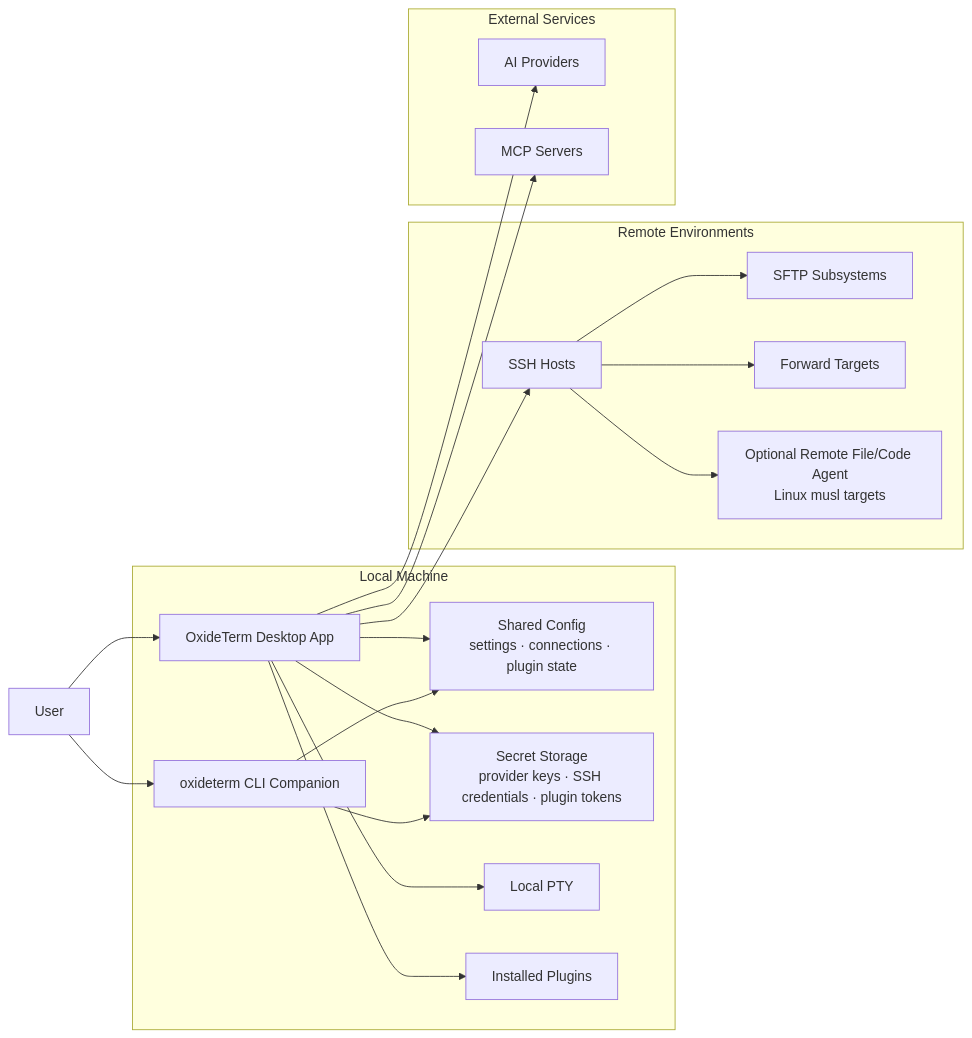
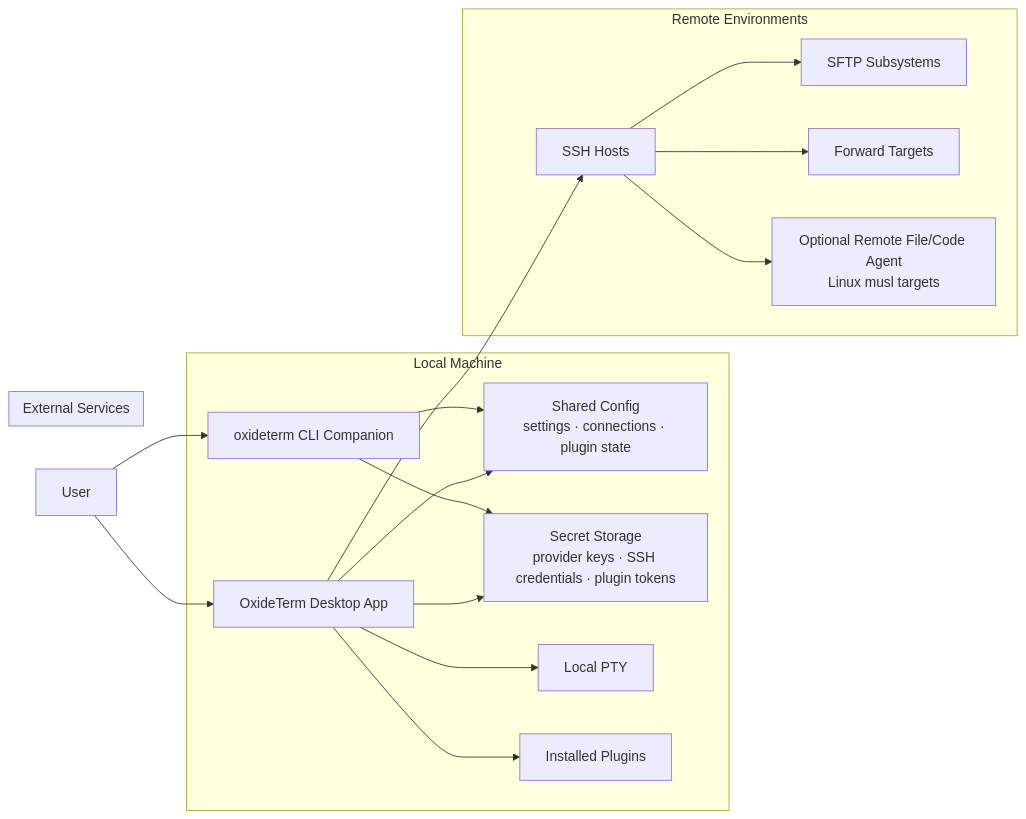
One commit to imeilige/oxideterm changed the second of 12 diagrams in docs/user-guide/en/architecture.md. Above: the diagram before and after it, drawn with Mermaid. The commit also changed other lines of this file and 339 other files, not shown here.

````diff
--- a/docs/user-guide/en/architecture.md
+++ b/docs/user-guide/en/architecture.md
@@ -155,39 +149,35 @@
 ```mermaid
 flowchart LR
     User["User"] --> App["OxideTerm Desktop App"]
     User --> Cli["oxideterm CLI Companion"]
 
     subgraph Local["Local Machine"]
         App
         Cli
         Config["Shared Config<br/>settings · connections · plugin state"]
         Secrets["Secret Storage<br/>provider keys · SSH credentials · plugin tokens"]
         Pty["Local PTY"]
         Plugins["Installed Plugins"]
     end
 
     subgraph Remote["Remote Environments"]
         SshHost["SSH Hosts"]
         SftpHost["SFTP Subsystems"]
         RemotePorts["Forward Targets"]
         Agent["Optional Remote File/Code Agent<br/>Linux musl targets"]
     end
 
     subgraph External["External Services"]
-        AiProviders["AI Providers"]
-        McpServers["MCP Servers"]
     end
 
     App --> Config
     Cli --> Config
     App --> Secrets
     Cli --> Secrets
     App --> Pty
     App --> Plugins
     App --> SshHost
     SshHost --> SftpHost
     SshHost --> RemotePorts
     SshHost --> Agent
-    App --> AiProviders
-    App --> McpServers
 ```
````
